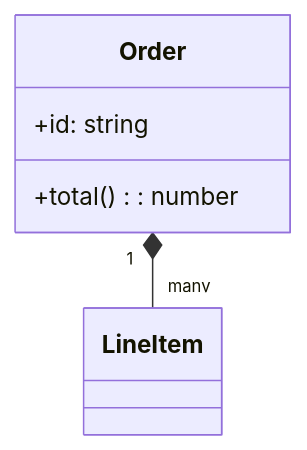
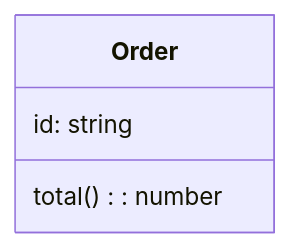
The first of 2 diagrams in lessons/class.md (hiroki-imai/mmtutor), drawn with Mermaid before and after one commit. The commit also changed other lines of this file and 11 other files, not shown here.

````diff
--- a/lessons/class.md
+++ b/lessons/class.md
@@ -10,8 +6,7 @@
 ```mermaid
 classDiagram
   class Order {
-    +id: string
-    +total(): number
+    id: string
+    total(): number
   }
-  Order "1" *-- "many" LineItem
 ```
````
